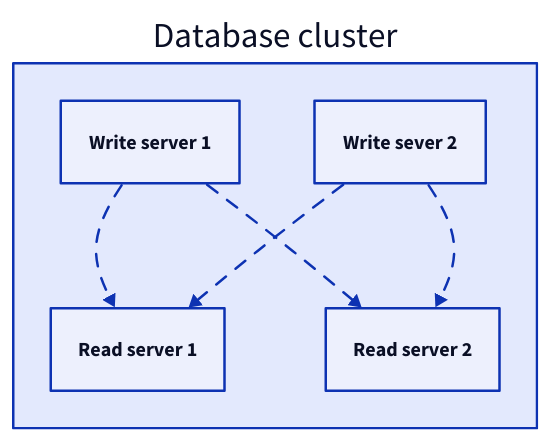
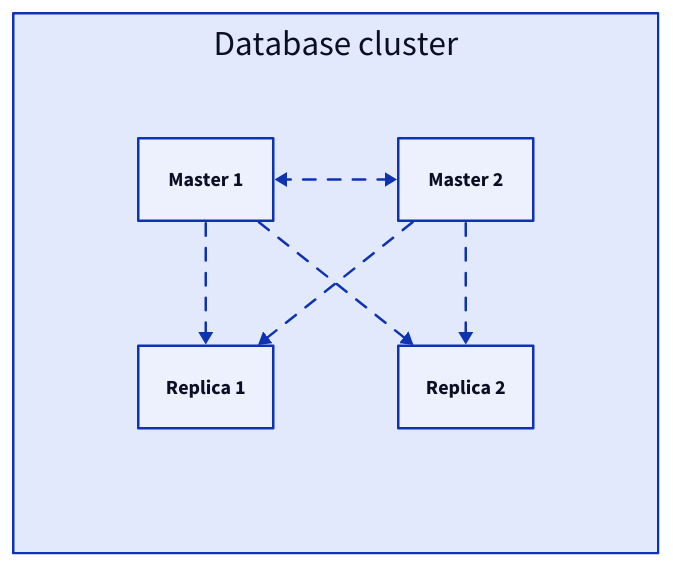
The second of 5 diagrams in content/docs/data-persistence/distributed-database/master-slave-architecture.md (link1905/system-design-101), drawn with D2 before and after one commit. The commit also changed other lines of this file and 40 other files, not shown here.

````diff
--- a/content/docs/data-persistence/distributed-database/master-slave-architecture.md
+++ b/content/docs/data-persistence/distributed-database/master-slave-architecture.md
@@ -51,28 +53,33 @@
 ```d2
 dc: Database cluster {
-    w1: Write server 1 {
-      class: db
-    }
-    r1: Read server 1 {
-      class: db
-    }
-    r2: Read server 2 {
-      class: db
-    }
-    w2: Write sever 2 {
-      class: db
-    }
-    w1 -> r1 {
-      style.animated: true
-    }
-    w1 -> r2 {
-      style.animated: true
-    }
-    w2 -> r2 {
-      style.animated: true
-    }
-    w2 -> r1 {
-      style.animated: true
-    }
+  grid-rows: 2
+  grid-gap: 100
+  w1: Master 1 {
+    class: db
+  }
+  w2: Master 2 {
+    class: db
+  }
+  r1: Replica 1 {
+    class: db
+  }
+  r2: Replica 2 {
+    class: db
+  }
+  w1 <-> w2 {
+    style.animated: true
+  }
+  w1 -> r1 {
+    style.animated: true
+  }
+  w1 -> r2 {
+    style.animated: true
+  }
+  w2 -> r2 {
+    style.animated: true
+  }
+  w2 -> r1 {
+    style.animated: true
+  }
 }
 ```
````
